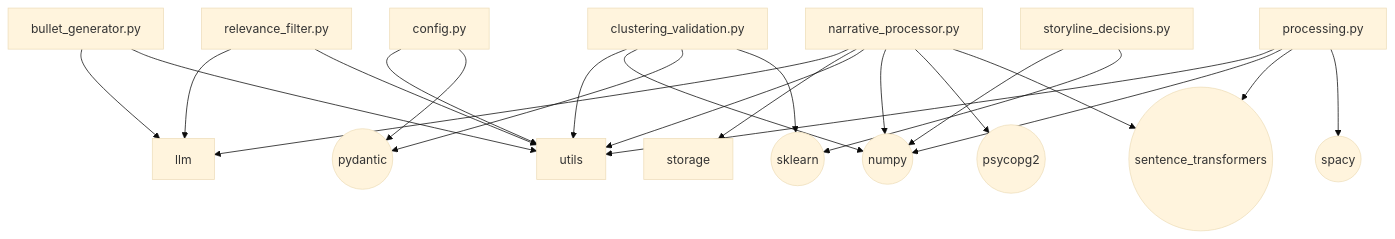
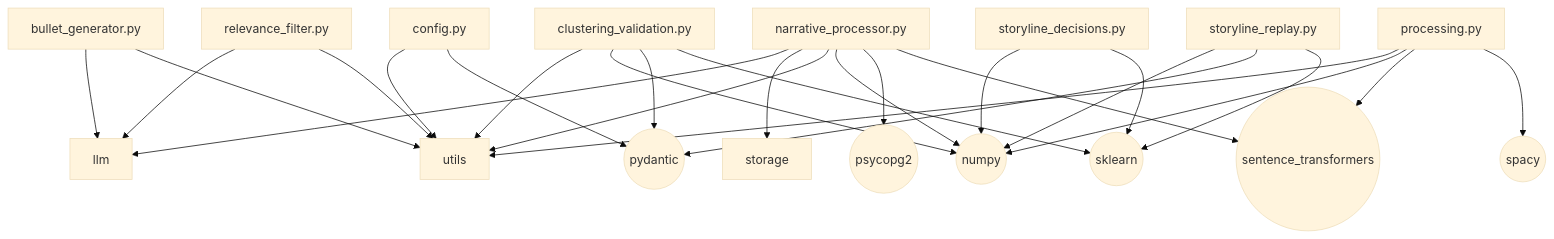
Before and after one commit to TommasoFazzi/MACROINTEL: the fourth of 6 diagrams in docs/generated/imports.md, drawn with Mermaid (base theme).

Commit message:
docs(auto): update Python import graph [skip ci]

````diff
--- a/docs/generated/imports.md
+++ b/docs/generated/imports.md
@@ -199,39 +199,43 @@
 ```mermaid
 flowchart TD
     bullet_generator["bullet_generator.py"]
     clustering_validation["clustering_validation.py"]
     config["config.py"]
     narrative_processor["narrative_processor.py"]
     processing["processing.py"]
     relevance_filter["relevance_filter.py"]
     storyline_decisions["storyline_decisions.py"]
+    storyline_replay["storyline_replay.py"]
     EXT_numpy(("numpy"))
     EXT_psycopg2(("psycopg2"))
     EXT_pydantic(("pydantic"))
     EXT_sentence_transformers(("sentence_transformers"))
     EXT_sklearn(("sklearn"))
     EXT_spacy(("spacy"))
 
     bullet_generator --> llm
     bullet_generator --> utils
     clustering_validation --> utils
     config --> utils
     narrative_processor --> llm
     narrative_processor --> storage
     narrative_processor --> utils
     processing --> utils
     relevance_filter --> llm
     relevance_filter --> utils
     clustering_validation --> EXT_numpy
     clustering_validation --> EXT_pydantic
     clustering_validation --> EXT_sklearn
     config --> EXT_pydantic
     narrative_processor --> EXT_numpy
     narrative_processor --> EXT_psycopg2
     narrative_processor --> EXT_sentence_transformers
     processing --> EXT_numpy
     processing --> EXT_sentence_transformers
     processing --> EXT_spacy
     storyline_decisions --> EXT_numpy
     storyline_decisions --> EXT_sklearn
+    storyline_replay --> EXT_numpy
+    storyline_replay --> EXT_pydantic
+    storyline_replay --> EXT_sklearn
 ```
````
